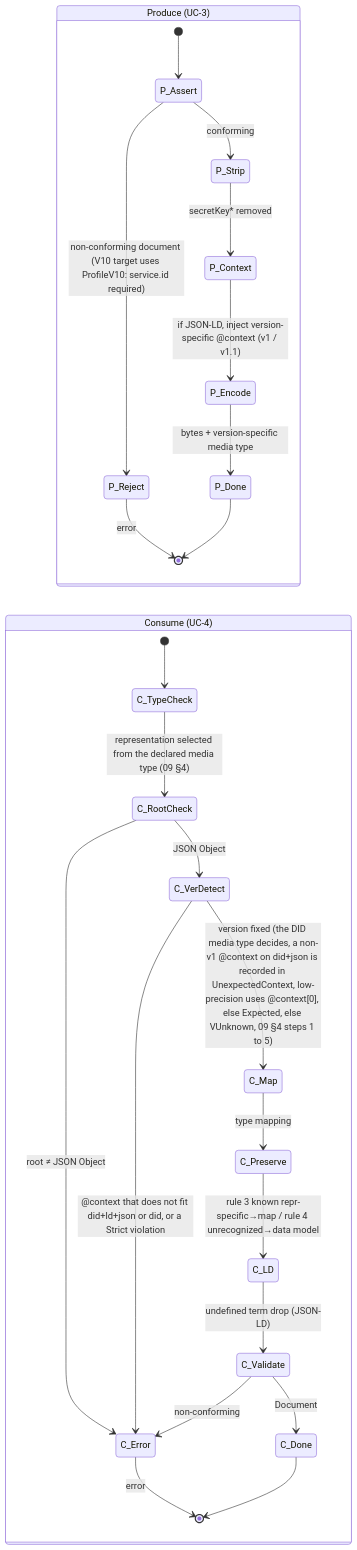
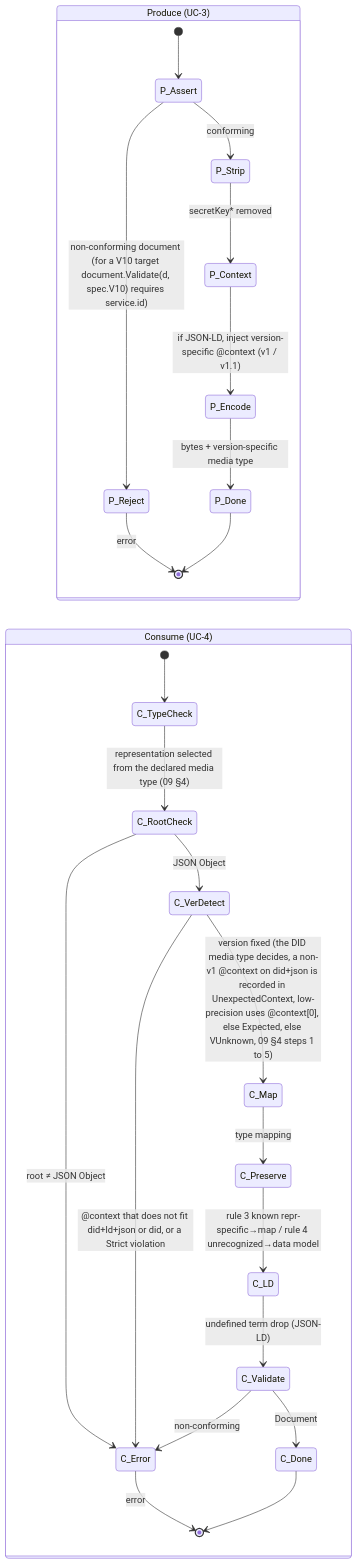
The third of 5 diagrams in docs/04-state-diagrams.md (SAGE-X-project/did-go), drawn with Mermaid before and after one commit. The commit also changed other lines of this file and 16 other files, not shown here.

````diff
--- a/docs/04-state-diagrams.md
+++ b/docs/04-state-diagrams.md
@@ -69,29 +69,29 @@
 ```mermaid
 stateDiagram-v2
     direction LR
     state "Produce (UC-3)" as P {
         [*] --> P_Assert
-        P_Assert --> P_Reject: non-conforming document (V10 target uses ProfileV10: service.id required)
+        P_Assert --> P_Reject: non-conforming document (for a V10 target document.Validate(d, spec.V10) requires service.id)
         P_Assert --> P_Strip: conforming
         P_Strip --> P_Context: secretKey* removed
         P_Context --> P_Encode: if JSON-LD, inject version-specific @context (v1 / v1.1)
         P_Encode --> P_Done: bytes + version-specific media type
         P_Reject --> [*]: error
         P_Done --> [*]
     }
     state "Consume (UC-4)" as C {
         [*] --> C_TypeCheck
         C_TypeCheck --> C_RootCheck: representation selected from the declared media type (09 §4)
         C_RootCheck --> C_Error: root ≠ JSON Object
         C_RootCheck --> C_VerDetect: JSON Object
         C_VerDetect --> C_Map: version fixed (the DID media type decides, a non-v1 @context on did+json is recorded in UnexpectedContext, low-precision uses @context[0], else Expected, else VUnknown, 09 §4 steps 1 to 5)
         C_VerDetect --> C_Error: @context that does not fit did+ld+json or did, or a Strict violation
         C_Map --> C_Preserve: type mapping
         C_Preserve --> C_LD: rule 3 known repr-specific→map / rule 4 unrecognized→data model
         C_LD --> C_Validate: undefined term drop (JSON-LD)
         C_Validate --> C_Error: non-conforming
         C_Validate --> C_Done: Document
         C_Error --> [*]: error
         C_Done --> [*]
     }
 ```
````
